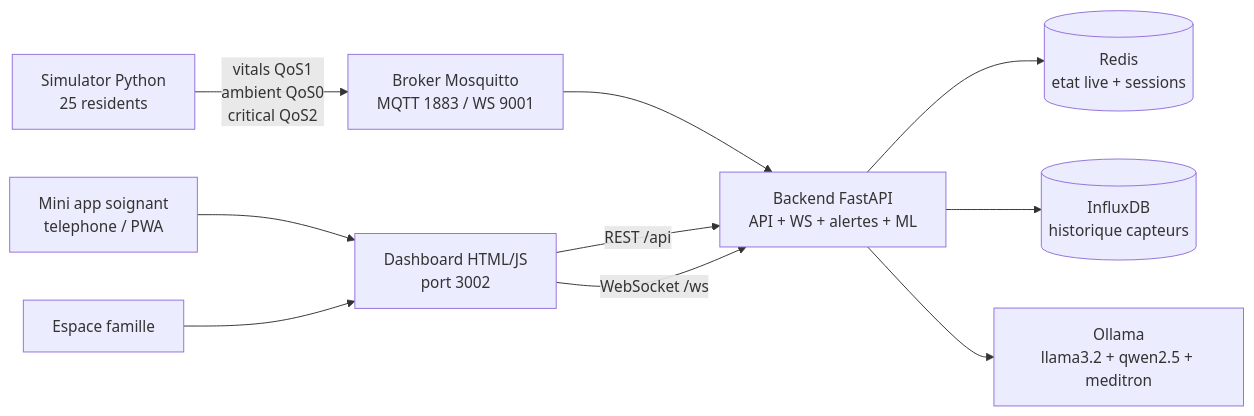
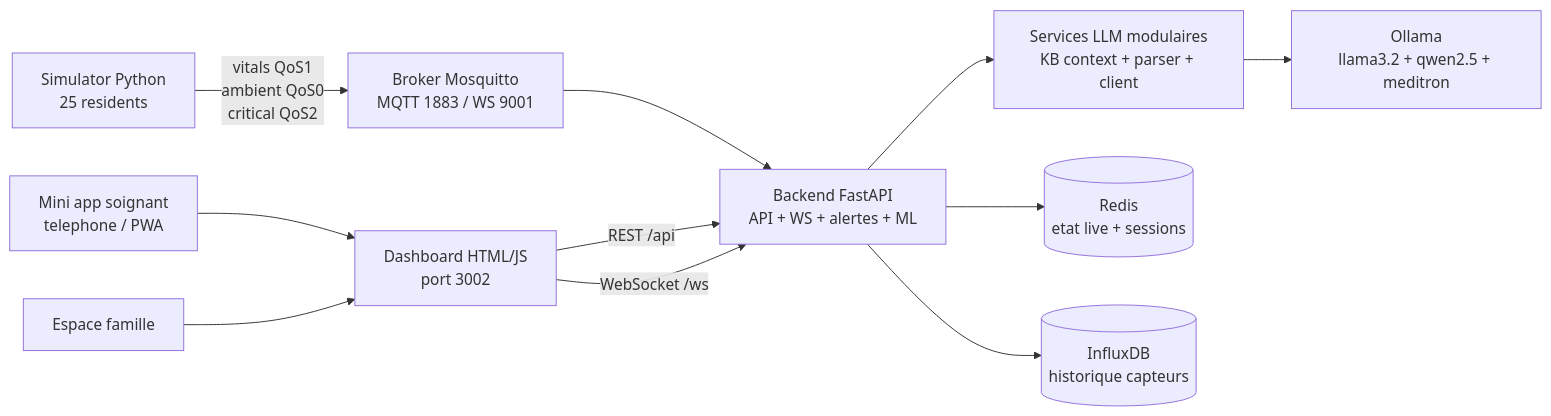
The first of 5 diagrams in README.md (Faucourt/epitech_mba2_ehpadMonitor), drawn with Mermaid before and after one commit. The commit also changed other lines of this file and 35 other files, not shown here.

````diff
--- a/README.md
+++ b/README.md
@@ -319,22 +326,24 @@
 ```mermaid
 flowchart LR
     SIM[Simulator Python<br/>25 residents]
     MQTT[Broker Mosquitto<br/>MQTT 1883 / WS 9001]
     API[Backend FastAPI<br/>API + WS + alertes + ML]
+    LLMAPP[Services LLM modulaires<br/>KB context + parser + client]
     REDIS[(Redis<br/>etat live + sessions)]
     INF[(InfluxDB<br/>historique capteurs)]
     DASH[Dashboard HTML/JS<br/>port 3002]
     TEL[Mini app soignant<br/>telephone / PWA]
     FAM[Espace famille]
     LLM[Ollama<br/>llama3.2 + qwen2.5 + meditron]
 
     SIM -->|vitals QoS1<br/>ambient QoS0<br/>critical QoS2| MQTT
     MQTT --> API
     API --> REDIS
     API --> INF
-    API --> LLM
+    API --> LLMAPP
+    LLMAPP --> LLM
     DASH -->|REST /api| API
     DASH -->|WebSocket /ws| API
     TEL --> DASH
     FAM --> DASH
 ```
````
